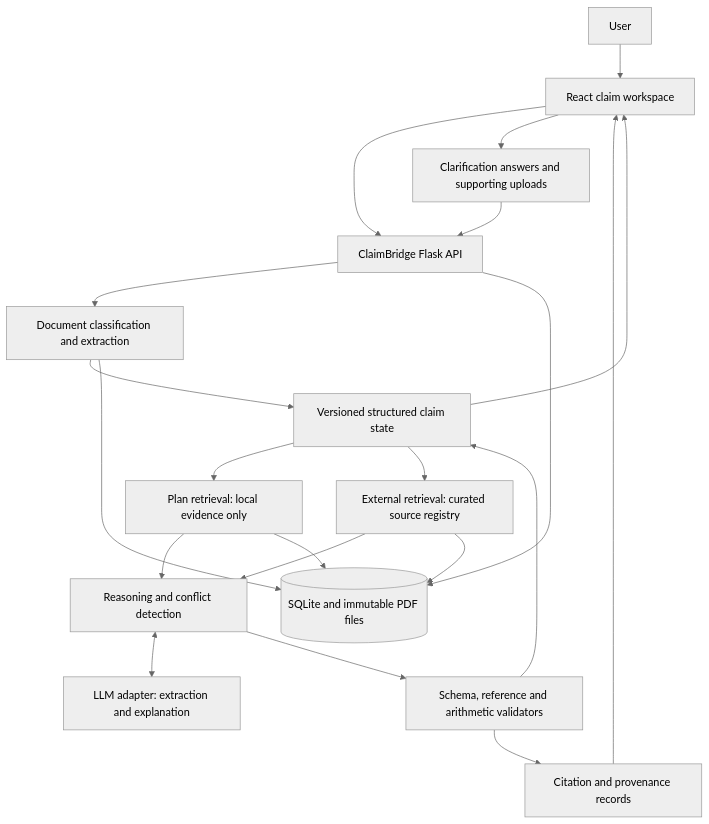
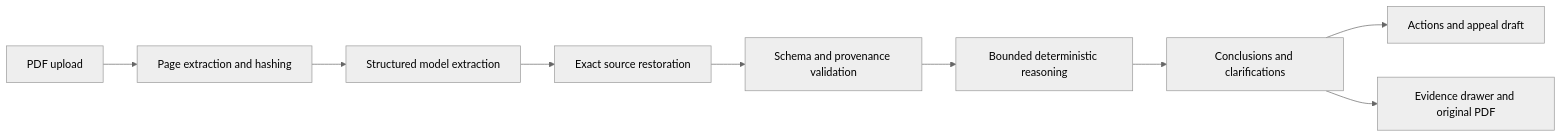
One commit to matthiasdruhl/ClaimBridge changed the diagram in claimbridge-prep/engineering/architecture.md. Above: the diagram before and after it, drawn with Mermaid (neutral theme). The commit also changed other lines of this file and 15 other files, not shown here.

````diff
--- a/claimbridge-prep/engineering/architecture.md
+++ b/claimbridge-prep/engineering/architecture.md
@@ -5,23 +5,11 @@
 ```mermaid
-flowchart TD
- U[User] --> F[React claim workspace]
- F --> A[ClaimBridge Flask API]
- A --> D[Document classification and extraction]
- D --> S[Versioned structured claim state]
- S --> P[Plan retrieval: local evidence only]
- S --> X[External retrieval: curated source registry]
- P --> R[Reasoning and conflict detection]
- X --> R
- R <--> L[LLM adapter: extraction and explanation]
- R --> V[Schema, reference and arithmetic validators]
- V --> C[Citation and provenance records]
- V --> S
- S --> F
- C --> F
- A --> DB[(SQLite and immutable PDF files)]
- D --> DB
- P --> DB
- X --> DB
- F --> Q[Clarification answers and supporting uploads]
- Q --> A
+flowchart LR
+    A[PDF upload] --> B[Page extraction and hashing]
+    B --> C[Structured model extraction]
+    C --> D[Exact source restoration]
+    D --> E[Schema and provenance validation]
+    E --> F[Bounded deterministic reasoning]
+    F --> G[Conclusions and clarifications]
+    G --> H[Actions and appeal draft]
+    G --> I[Evidence drawer and original PDF]
 ```
````
